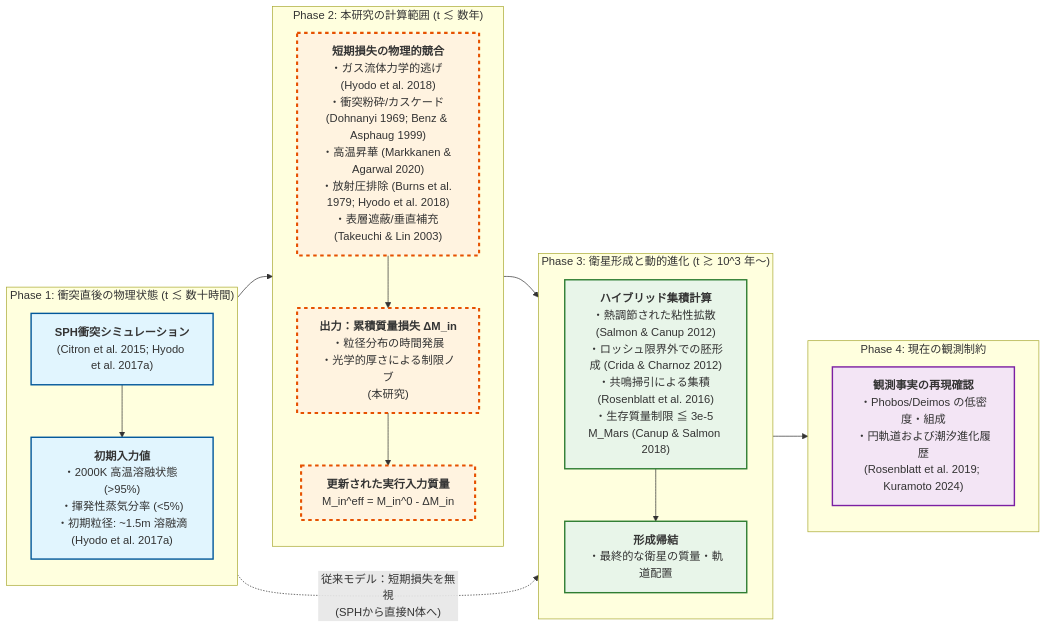
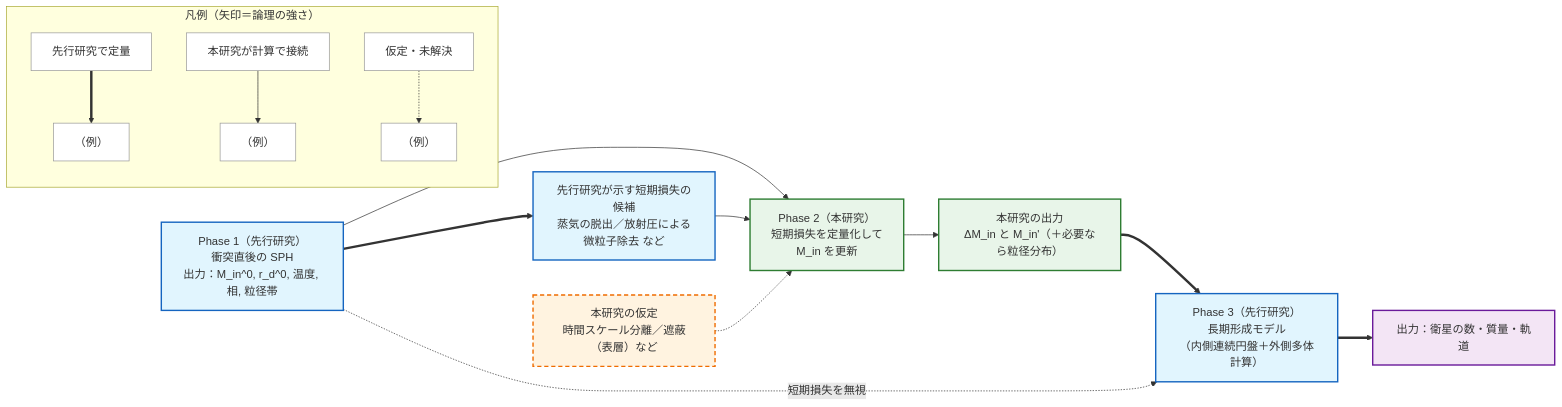
One commit to Einfeld686/MarsDiskSimulation changed the first of 3 diagrams in analysis/introduction.md. Above: the diagram before and after it, drawn with Mermaid. The commit also changed other lines of this file, not shown here.

Commit message:
analysis: refresh intro narrative and fig 1.2a

````diff
--- a/analysis/introduction.md
+++ b/analysis/introduction.md
@@ -76,47 +73,40 @@
 ```mermaid
 flowchart LR
-    %% ===== 見た目（任意：レンダラ依存） =====
-    classDef input fill:#e1f5fe,stroke:#01579b,stroke-width:2px;
-    classDef update fill:#fff3e0,stroke:#e65100,stroke-width:3px,stroke-dasharray: 5 5;
-    classDef connect fill:#e8f5e9,stroke:#2e7d32,stroke-width:2px;
-    classDef output fill:#f3e5f5,stroke:#7b1fa2,stroke-width:2px;
+    %% ===== styles =====
+    classDef prior fill:#e1f5fe,stroke:#1565c0,stroke-width:2px;
+    classDef assume fill:#fff3e0,stroke:#ef6c00,stroke-width:2px,stroke-dasharray: 6 4;
+    classDef this fill:#e8f5e9,stroke:#2e7d32,stroke-width:2px;
+    classDef downstream fill:#f3e5f5,stroke:#6a1b9a,stroke-width:2px;
+    classDef legend fill:#ffffff,stroke:#999,stroke-width:1px;
 
-    %% ===== Phase 1: SPH（初期条件） =====
-    subgraph P1["Phase 1: 衝突直後の物理状態 (t ≲ 数十時間)"]
-        direction TB
-        SPH["<b>SPH衝突シミュレーション</b><br/>(Citron et al. 2015; Hyodo et al. 2017a)"]:::input
-        D0["<b>初期入力値</b><br/>・2000K 高温溶融状態 (>95%)<br/>・揮発性蒸気分率 (<5%)<br/>・初期粒径: ~1.5m 溶融滴<br/>(Hyodo et al. 2017a)"]:::input
-        SPH --> D0
+    %% ===== Legend =====
+    subgraph LEG["凡例（矢印＝論理の強さ）"]
+      direction TB
+      LG1["先行研究で定量"]:::legend ==> LG2["（例）"]:::legend
+      LG3["本研究が計算で接続"]:::legend --> LG4["（例）"]:::legend
+      LG5["仮定・未解決"]:::legend -.-> LG6["（例）"]:::legend
     end
 
-    %% ===== Phase 2: 本研究（短期損失で更新） =====
-    subgraph P2["Phase 2: 本研究の計算範囲 (t ≲ 数年)"]
-        direction TB
-        PROC["<b>短期損失の物理的競合</b><br/>・ガス流体力学的逃げ (Hyodo et al. 2018)<br/>・衝突粉砕/カスケード (Dohnanyi 1969; Benz & Asphaug 1999)<br/>・高温昇華 (Markkanen & Agarwal 2020)<br/>・放射圧排除 (Burns et al. 1979; Hyodo et al. 2018)<br/>・表層遮蔽/垂直補充 (Takeuchi & Lin 2003)"]:::update
-        DM["<b>出力：累積質量損失 ΔM_in</b><br/>・粒径分布の時間発展<br/>・光学的厚さによる制限ノブ<br/>(本研究)"]:::update
-        D1["<b>更新された実行入力質量</b><br/>M_in^eff = M_in^0 - ΔM_in"]:::update
-        PROC --> DM --> D1
-    end
+    %% ===== Main flow =====
+    SPH["Phase 1（先行研究）<br/>衝突直後の SPH<br/>出力：M_in^0, r_d^0, 温度, 相, 粒径帯"]:::prior
+    LIT["先行研究が示す短期損失の候補<br/>蒸気の脱出／放射圧による微粒子除去 など"]:::prior
 
-    %% ===== Phase 3: 長期進化（形成モデル） =====
-    subgraph P3["Phase 3: 衛星形成と動的進化 (t ≳ 10^3 年〜)"]
-        direction TB
-        HYB["<b>ハイブリッド集積計算</b><br/>・熱調節された粘性拡散 (Salmon & Canup 2012)<br/>・ロッシュ限界外での胚形成 (Crida & Charnoz 2012)<br/>・共鳴掃引による集積 (Rosenblatt et al. 2016)<br/>・生存質量制限 ≦ 3e-5 M_Mars (Canup & Salmon 2018)"]:::connect
-        SAT["<b>形成帰結</b><br/>・最終的な衛星の質量・軌道配置"]:::connect
-        HYB --> SAT
-    end
+    P2A["本研究の仮定<br/>時間スケール分離／遮蔽（表層）など"]:::assume
+    P2["Phase 2（本研究）<br/>短期損失を定量化して<br/>M_in を更新"]:::this
+    OUT2["本研究の出力<br/>ΔM_in と M_in'（＋必要なら粒径分布）"]:::this
 
-    %% ===== Phase 4: 観測（最終結果） =====
-    subgraph P4["Phase 4: 現在の観測制約"]
-        direction TB
-        OBS["<b>観測事実の再現確認</b><br/>・Phobos/Deimos の低密度・組成<br/>・円軌道および潮汐進化履歴<br/>(Rosenblatt et al. 2019; Kuramoto 2024)"]:::output
-    end
+    P3["Phase 3（先行研究）<br/>長期形成モデル<br/>（内側連続円盤＋外側多体計算）"]:::prior
+    OUT3["出力：衛星の数・質量・軌道"]:::downstream
 
-    %% ===== 主流（本研究を挟む） =====
-    D0 --> PROC
-    D1 --> HYB
-    SAT --> OBS
+    %% links
+    SPH ==> LIT
+    SPH --> P2
+    LIT --> P2
+    P2A -.-> P2
+    P2 --> OUT2
+    OUT2 ==> P3
+    P3 ==> OUT3
 
-    %% ===== 従来の直結（短期損失を無視） =====
-    D0 -. "従来モデル：短期損失を無視<br/>(SPHから直接N体へ)" .-> HYB
+    %% conventional shortcut
+    SPH -.->|短期損失を無視| P3
 ```
````
